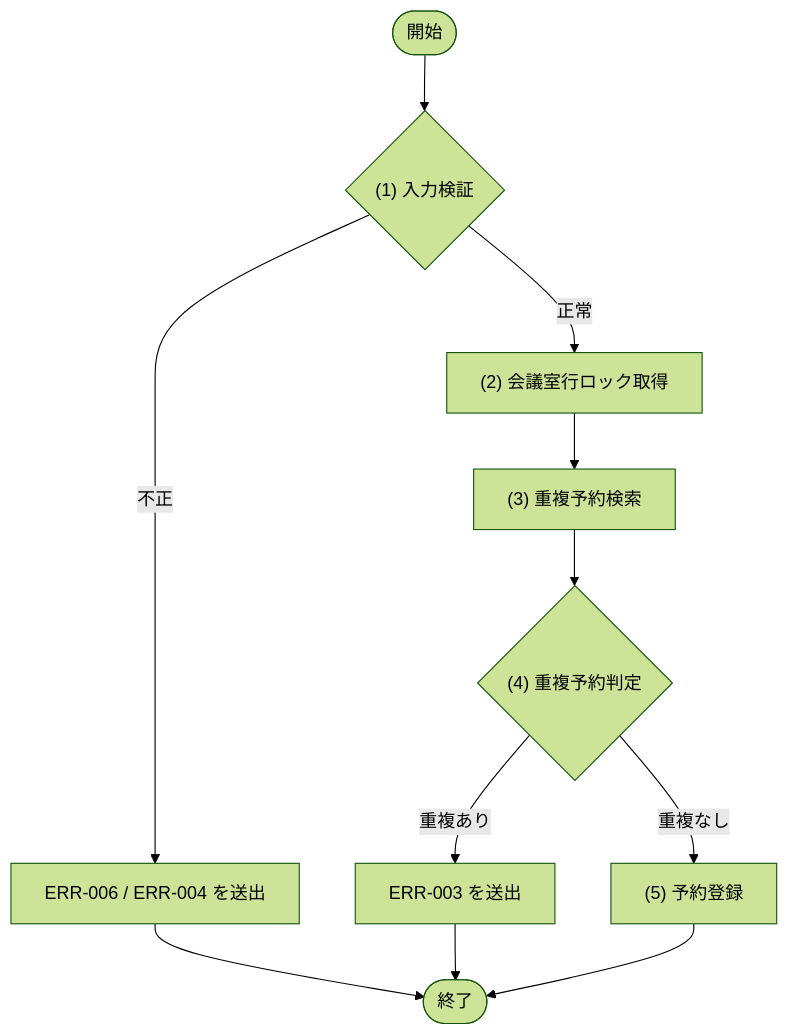
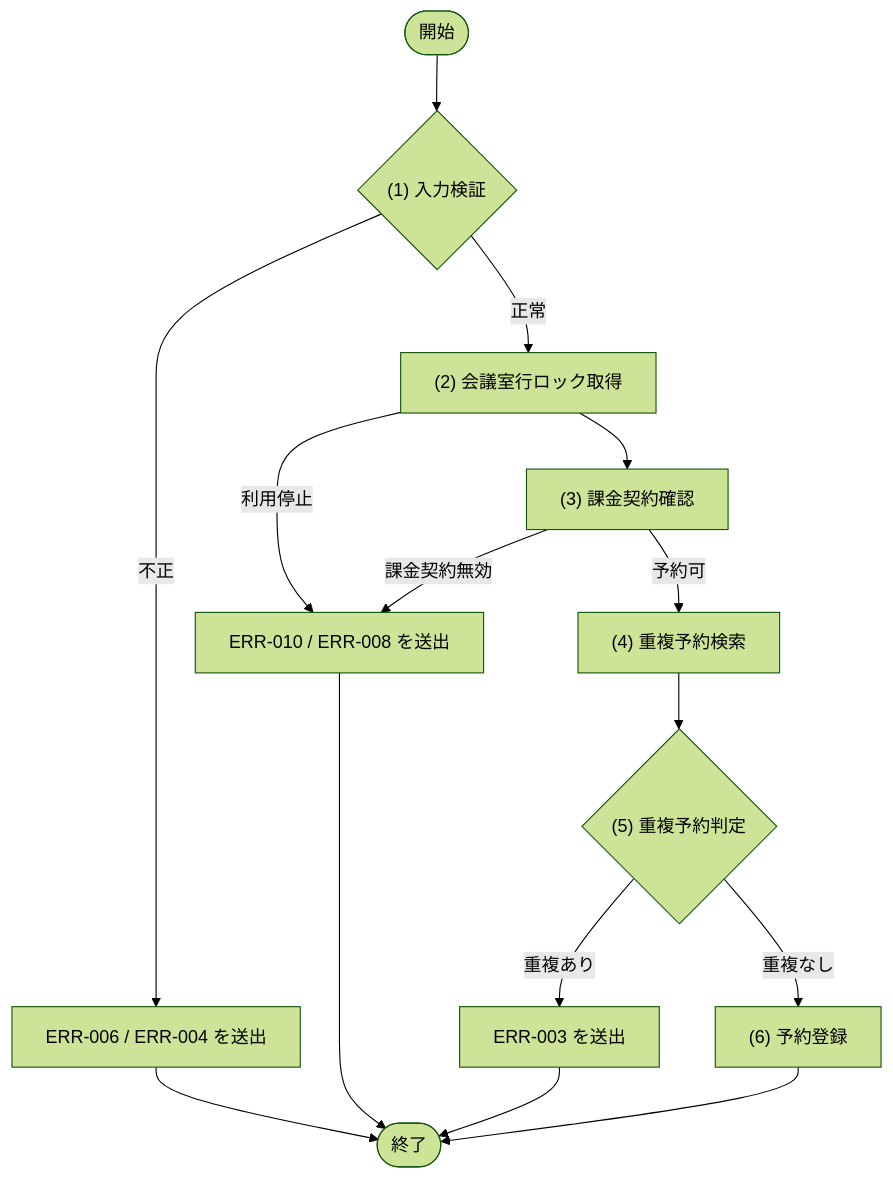
The second of 5 diagrams in docs/02_機能設計/05_モジュール設計/MOD-003_予約サービス.md (sikakou54/system-document-template), drawn with Mermaid (forest theme) before and after one commit. The commit also changed other lines of this file and 128 other files, not shown here.

````diff
--- a/docs/02_機能設計/05_モジュール設計/MOD-003_予約サービス.md
+++ b/docs/02_機能設計/05_モジュール設計/MOD-003_予約サービス.md
@@ -34,18 +134,23 @@
 ```mermaid
 flowchart TD
   Start([開始])
   D1{"(1) 入力検証"}
   P1["(2) 会議室行ロック取得"]
-  P2["(3) 重複予約検索"]
-  D2{"(4) 重複予約判定"}
-  P3["(5) 予約登録"]
+  P2["(3) 課金契約確認"]
+  P3["(4) 重複予約検索"]
+  D2{"(5) 重複予約判定"}
+  P4["(6) 予約登録"]
   E1["ERR-006 / ERR-004 を送出"]
-  E2["ERR-003 を送出"]
+  E2["ERR-010 / ERR-008 を送出"]
+  E3["ERR-003 を送出"]
   End([終了])
 
   Start --> D1
   D1 -- "不正" --> E1 --> End
-  D1 -- "正常" --> P1 --> P2 --> D2
-  D2 -- "重複あり" --> E2 --> End
-  D2 -- "重複なし" --> P3 --> End
+  D1 -- "正常" --> P1 --> P2
+  P1 -- "利用停止" --> E2 --> End
+  P2 -- "課金契約無効" --> E2
+  P2 -- "予約可" --> P3 --> D2
+  D2 -- "重複あり" --> E3 --> End
+  D2 -- "重複なし" --> P4 --> End
 ```
````
